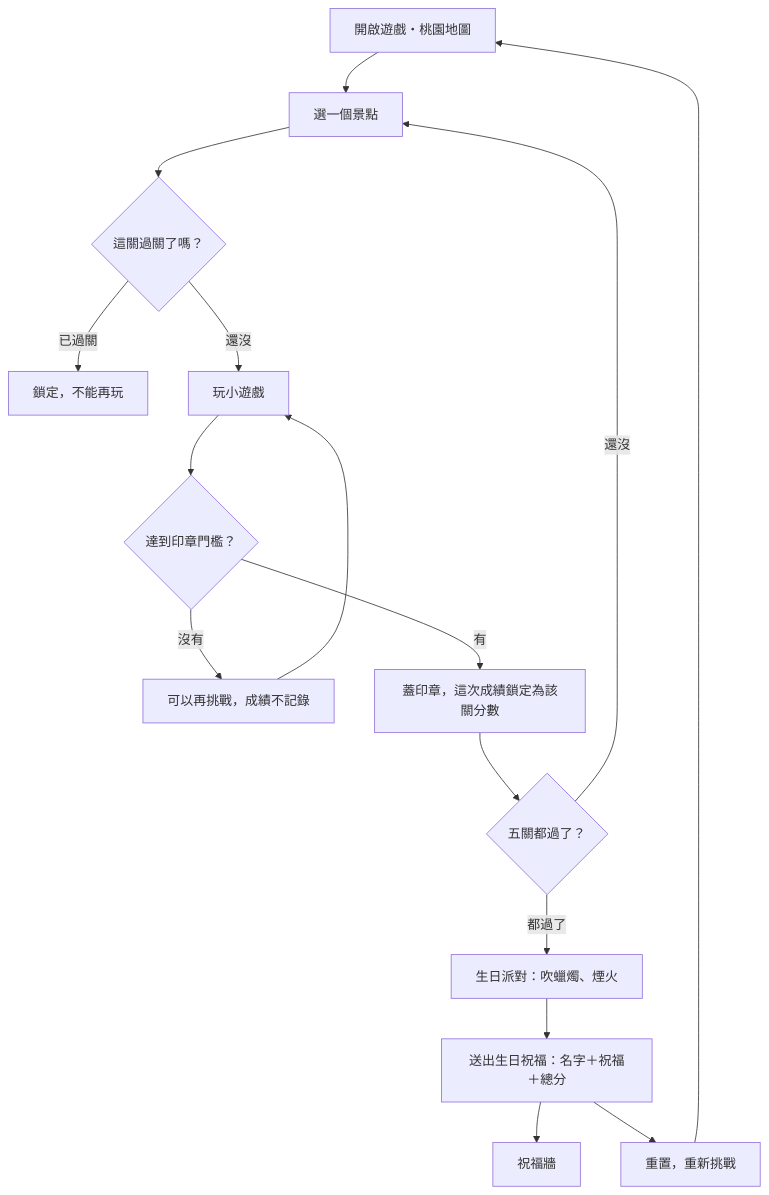
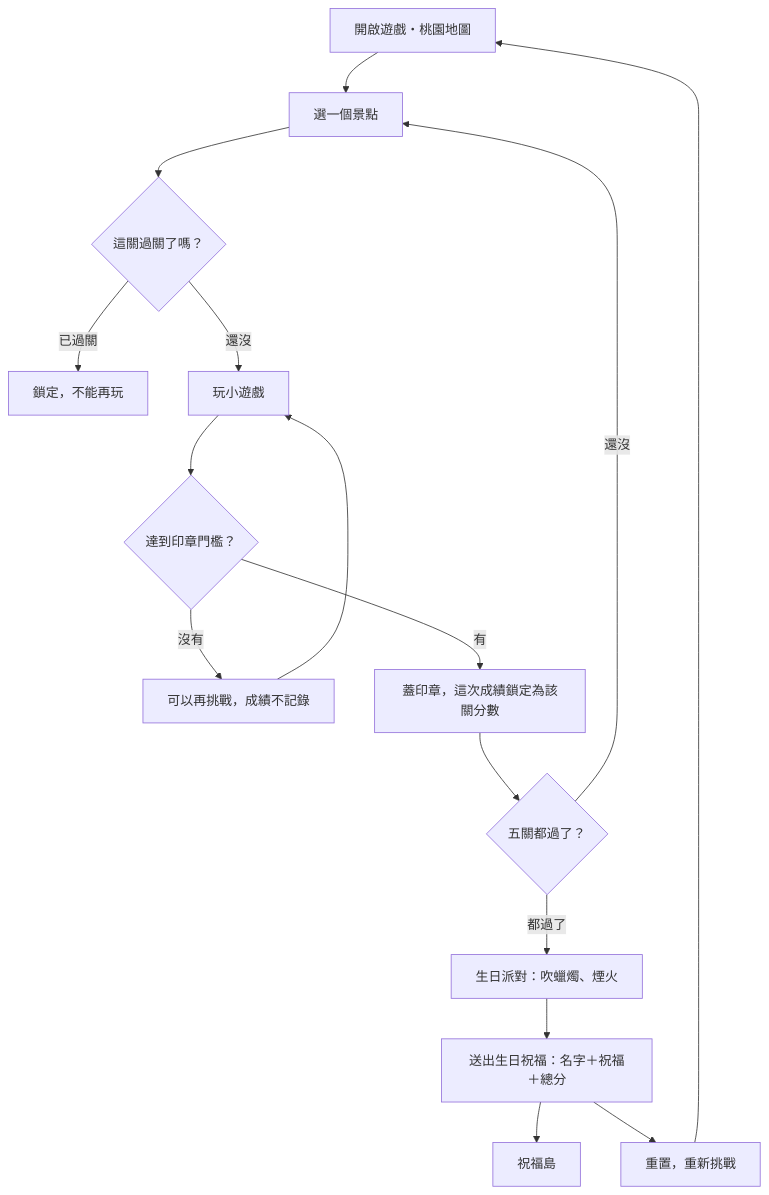
Before and after one commit to RichMan-Yi/shuhua-birthday: the diagram in GAME_FLOW.md, drawn with Mermaid. The commit also changed other lines of this file and 17 other files, not shown here.

````diff
--- a/GAME_FLOW.md
+++ b/GAME_FLOW.md
@@ -12,18 +12,18 @@
 ```mermaid
 flowchart TD
   A[開啟遊戲・桃園地圖] --> B[選一個景點]
   B --> C{這關過關了嗎？}
   C -- 已過關 --> L[鎖定，不能再玩]
   C -- 還沒 --> D[玩小遊戲]
   D --> E{達到印章門檻？}
   E -- 沒有 --> F[可以再挑戰，成績不記錄]
   F --> D
   E -- 有 --> G[蓋印章，這次成績鎖定為該關分數]
   G --> H{五關都過了？}
   H -- 還沒 --> B
   H -- 都過了 --> I[生日派對：吹蠟燭、煙火]
   I --> J[送出生日祝福：名字＋祝福＋總分]
-  J --> K[祝福牆]
+  J --> K[祝福島]
   J --> R[重置，重新挑戰]
   R --> A
 ```
````
